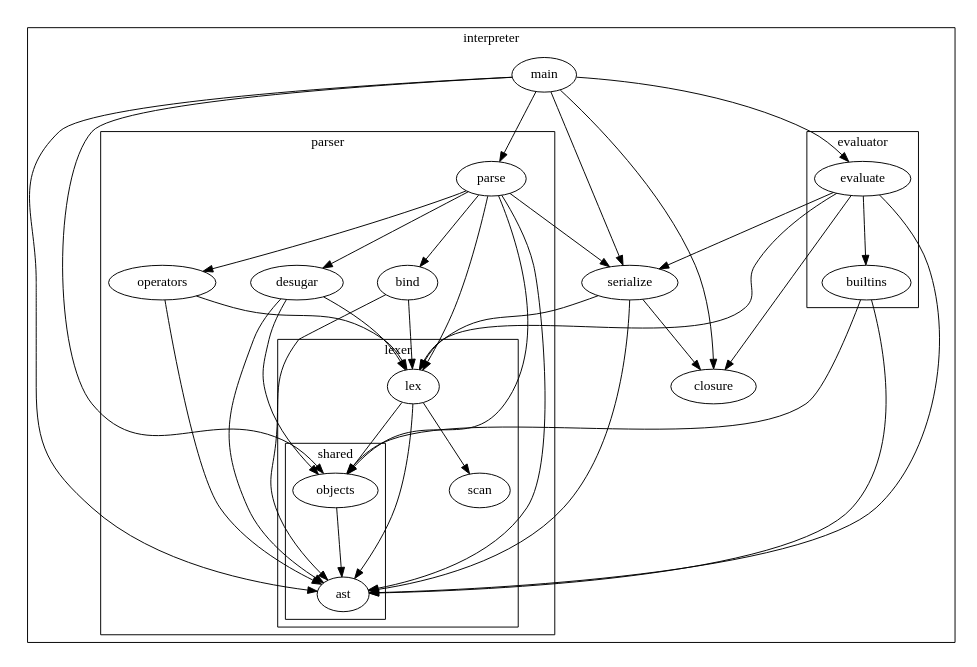
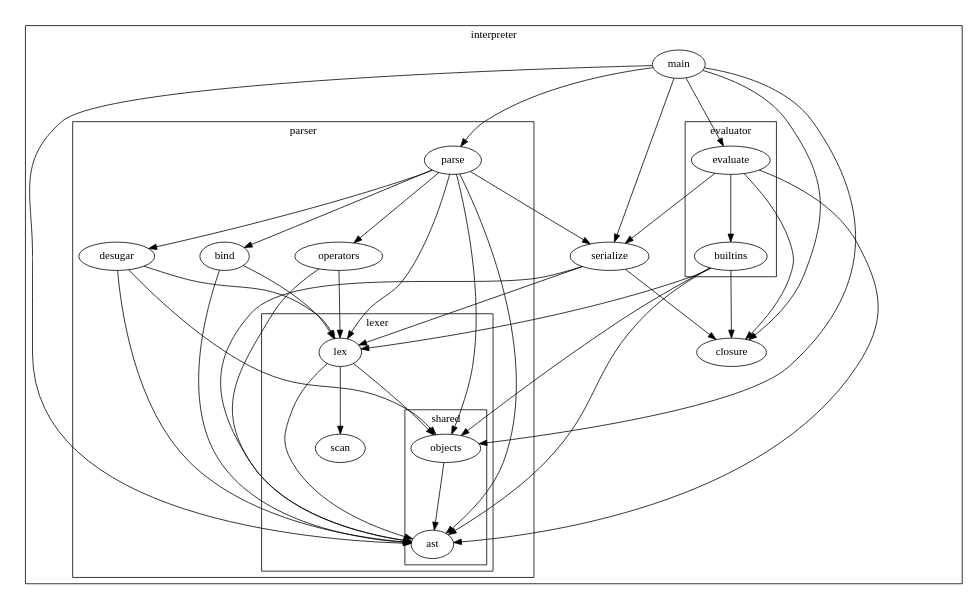
One commit to clark800/lambda-zero changed the diagram in doc/architecture.dot. Above: the diagram before and after it, drawn with Graphviz. The commit also changed 5 other files, not shown here.

```diff
--- a/doc/architecture.dot
+++ b/doc/architecture.dot
@@ -1,80 +1,83 @@
 // to build this diagram, install graphviz and run the following command:
 // dot -o architecture.pdf -T pdf architecture.dot
+// note: ordering=out seems to be not working due to a bug in graphviz
 digraph graphname {
     size=6;
-    ranksep=1;
-    nodesep=0.5;
+    ranksep=1.2;
+    nodesep=0.8;
+    mclimit=2;
 
     subgraph cluster_interpreter {
         label="interpreter";
-        main;
         subgraph cluster_parser {
             label="parser";
             desugar;
             bind;
             operators;
             parse;
             subgraph cluster_lexer {
                 label="lexer";
                 scan;
                 lex;
                 subgraph cluster_shared {
                     label="shared";
                     objects;
                     ast;
                 }
             }
         }
+        main;
         serialize;
         closure;
         subgraph cluster_evaluator {
             label="evaluator";
             evaluate;
             builtins;
         }
     }
 
+    objects -> ast;
+
     bind -> ast;
     bind -> lex;
 
     builtins -> ast;
     builtins -> objects;
+    builtins -> lex;
+    builtins -> closure;
 
     desugar -> ast;
     desugar -> lex;
     desugar -> objects;
 
     evaluate -> ast;
-    evaluate -> lex;
     evaluate -> serialize;
     evaluate -> builtins;
     evaluate -> closure;
 
     lex -> scan;
     lex -> ast;
     lex -> objects;
 
-    main -> ast;
+    serialize -> closure;
+    serialize -> ast;
+    serialize -> lex;
+
     main -> parse;
     main -> evaluate;
     main -> serialize;
     main -> objects;
     main -> closure;
-
-    objects -> ast;
+    main -> ast;
 
     operators -> ast;
     operators -> lex;
 
-    parse -> ast;
     parse -> lex;
     parse -> operators;
     parse -> objects;
     parse -> desugar;
     parse -> bind;
     parse -> serialize;
-
-    serialize -> ast;
-    serialize -> lex;
-    serialize -> closure;
+    parse -> ast;
 }
```
